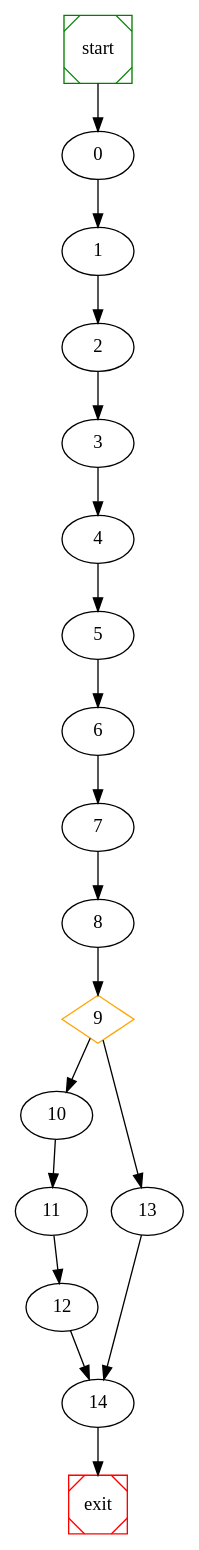
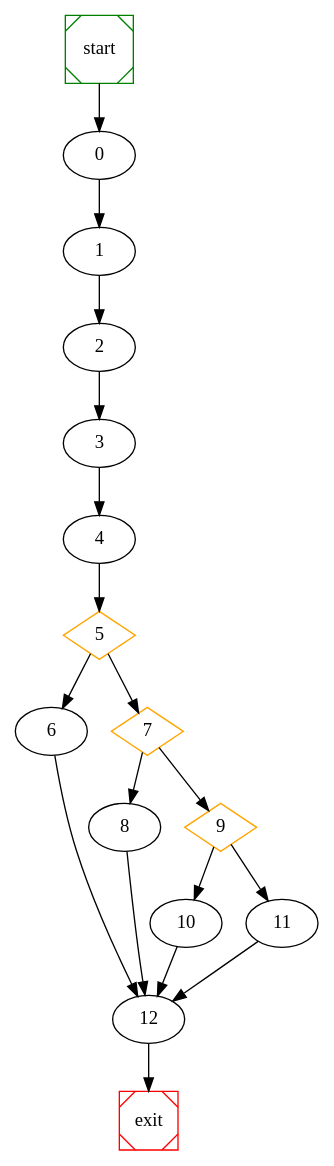
The diagram in se/raw_graph.dot (NabeelQaiser/BTP_2k18-19), drawn with Graphviz before and after one commit. The commit also changed 17 other files, not shown here.

```diff
--- a/se/raw_graph.dot
+++ b/se/raw_graph.dot
@@ -1,25 +1,27 @@
 # dot file created at runtime
 
 digraph G {
 	start -> 0;
 	0 -> 1 ;
 	1 -> 2 ;
 	2 -> 3 ;
 	3 -> 4 ;
-	4 -> 5 ;
+	5 [shape=diamond, color=orange] ;
 	5 -> 6 ;
-	6 -> 7 ;
+	7 [shape=diamond, color=orange] ;
+	5 -> 7 ;
 	7 -> 8 ;
 	9 [shape=diamond, color=orange] ;
-	10 -> 11 ;
+	7 -> 9 ;
+	9 -> 10 ;
+	9 -> 11 ;
+	4 -> 5 ;
+	10 -> 12 ;
 	11 -> 12 ;
-	9 -> 10 ;
-	9 -> 13 ;
-	8 -> 9 ;
-	13 -> 14 ;
-	12 -> 14 ;
-	14 -> exit;
+	8 -> 12 ;
+	6 -> 12 ;
+	12 -> exit;
 
 	start [shape=Msquare, color=green];
 	exit [shape=Msquare, color=red];
 }
```
